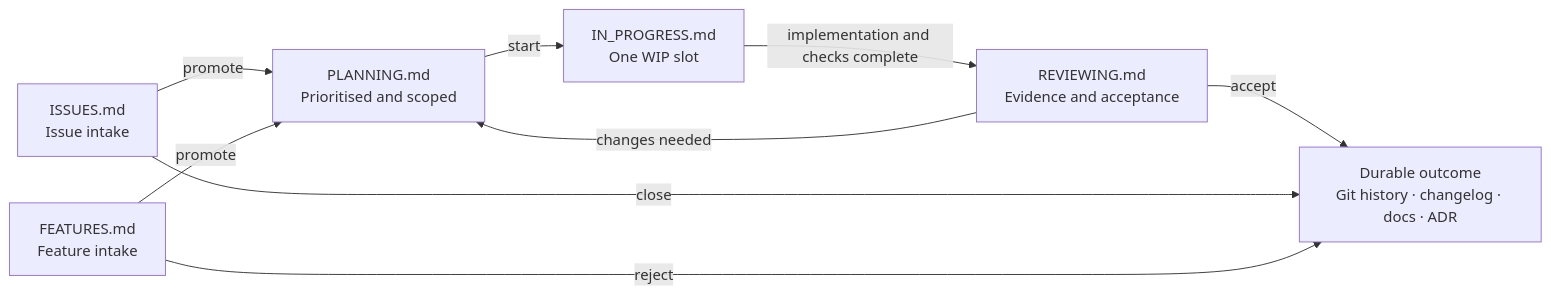
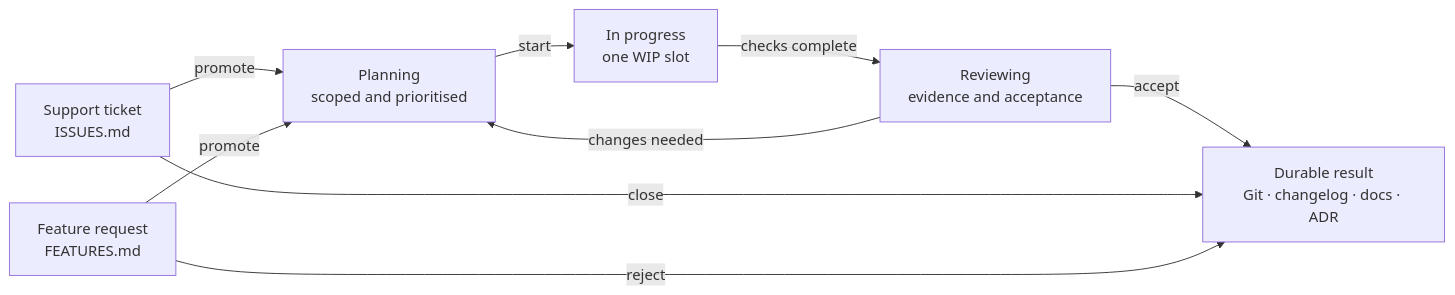
One commit to tenforward-audio/swe-harness changed the diagram in README.md. Above: the diagram before and after it, drawn with Mermaid. The commit also changed other lines of this file and 1 other file, not shown here.

````diff
--- a/README.md
+++ b/README.md
@@ -31,18 +32,18 @@
 ```mermaid
 flowchart LR
-    issue["ISSUES.md<br/>Issue intake"]
-    feature["FEATURES.md<br/>Feature intake"]
-    planning["PLANNING.md<br/>Prioritised and scoped"]
-    progress["IN_PROGRESS.md<br/>One WIP slot"]
-    review["REVIEWING.md<br/>Evidence and acceptance"]
-    outcome["Durable outcome<br/>Git history · changelog · docs · ADR"]
+    issue["Support ticket<br/>ISSUES.md"]
+    feature["Feature request<br/>FEATURES.md"]
+    planning["Planning<br/>scoped and prioritised"]
+    progress["In progress<br/>one WIP slot"]
+    review["Reviewing<br/>evidence and acceptance"]
+    outcome["Durable result<br/>Git · changelog · docs · ADR"]
 
     issue -->|promote| planning
     feature -->|promote| planning
     planning -->|start| progress
-    progress -->|implementation and checks complete| review
+    progress -->|checks complete| review
     review -->|accept| outcome
     review -->|changes needed| planning
     issue -->|close| outcome
     feature -->|reject| outcome
 ```
````
